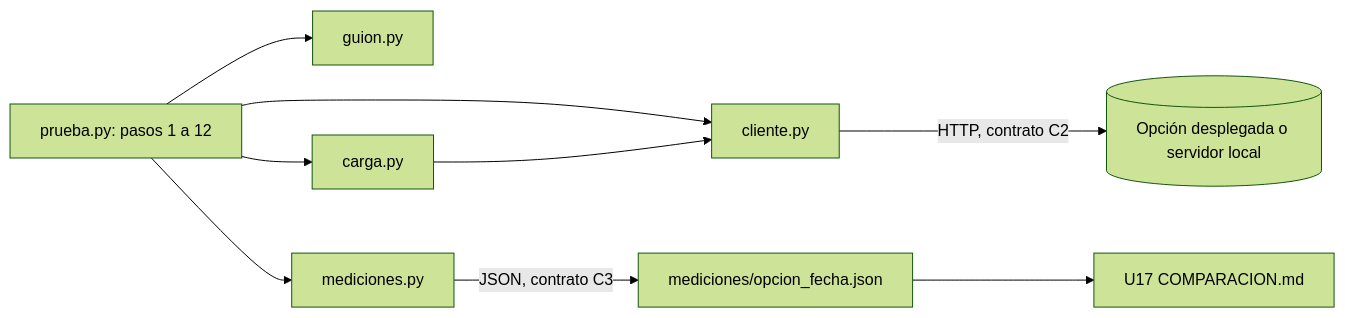
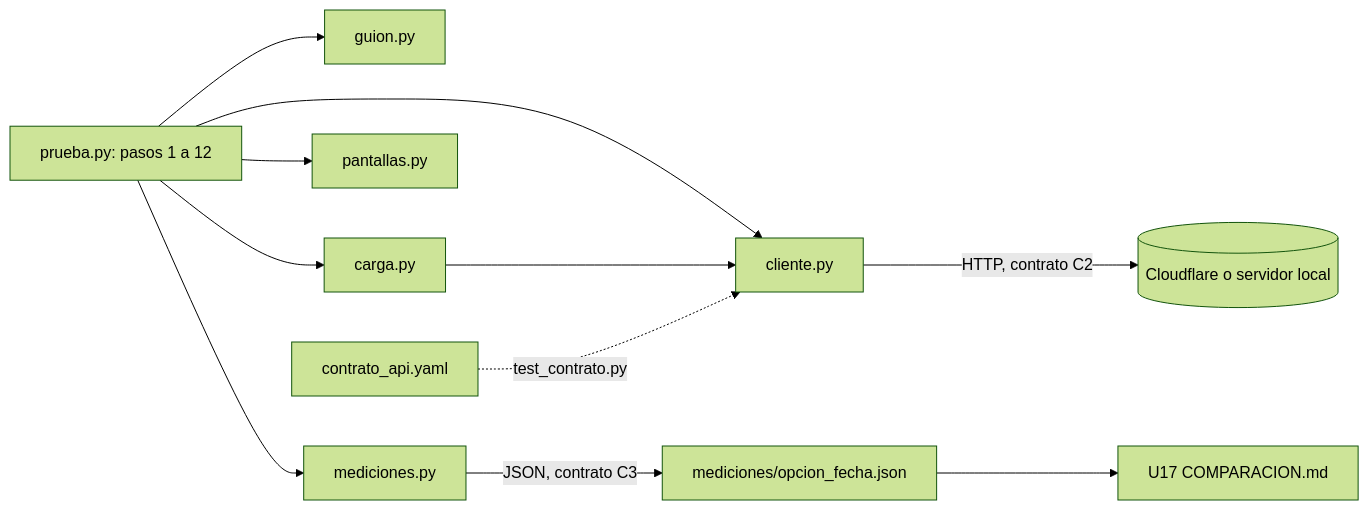
The diagram in aidlc/spaces/default/intents/261024-publicar-reto-nube/construction/u2-prueba-comun/nfr-design/logical-components.md (statistical-engineering/iest-sem-reto-desinformacion-colegios), drawn with Mermaid (forest theme) before and after one commit. The commit also changed other lines of this file and 114 other files, not shown here.

````diff
--- a/aidlc/spaces/default/intents/261024-publicar-reto-nube/construction/u2-prueba-comun/nfr-design/logical-components.md
+++ b/aidlc/spaces/default/intents/261024-publicar-reto-nube/construction/u2-prueba-comun/nfr-design/logical-components.md
@@ -7,11 +10,13 @@
 ```mermaid
 graph LR
   P[prueba.py: pasos 1 a 12] --> C[cliente.py]
   P --> G[guion.py]
   P --> K[carga.py]
+  P --> V[pantallas.py]
   P --> M[mediciones.py]
   K --> C
-  C -->|HTTP, contrato C2| S[(Opción desplegada o servidor local)]
+  C -->|HTTP, contrato C2| S[(Cloudflare o servidor local)]
   M -->|JSON, contrato C3| J[mediciones/opcion_fecha.json]
   J --> U17[U17 COMPARACION.md]
+  Y[contrato_api.yaml] -.->|test_contrato.py| C
 ```
````
